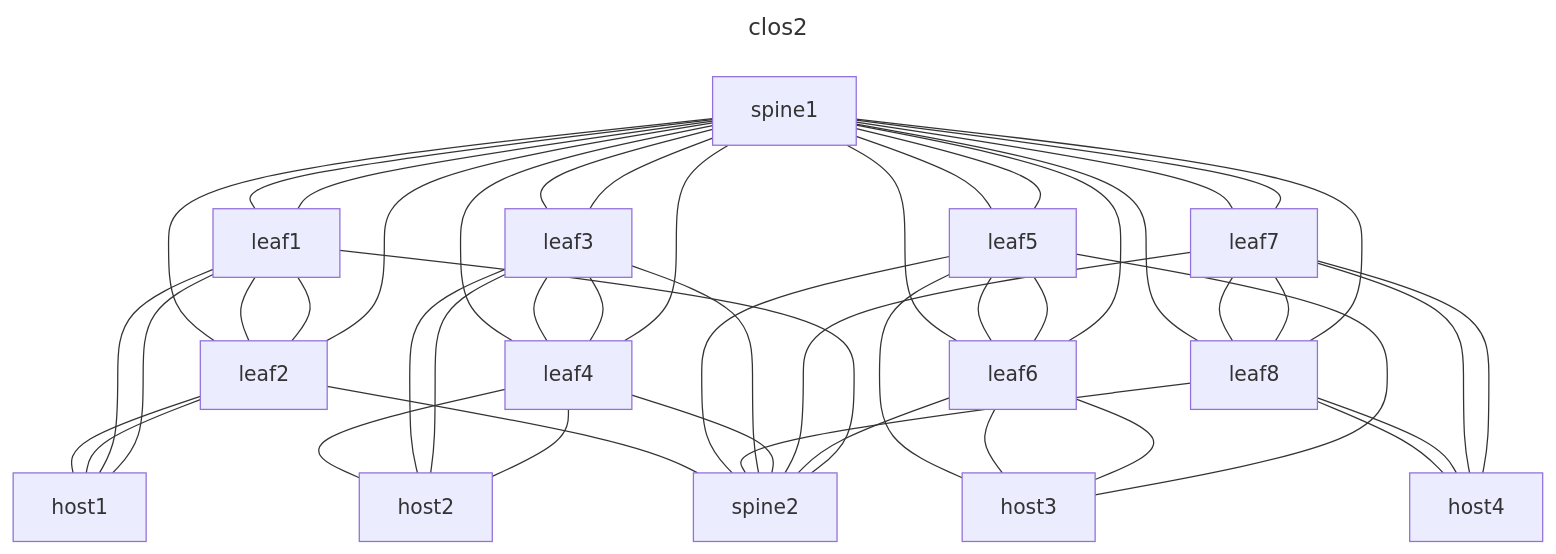
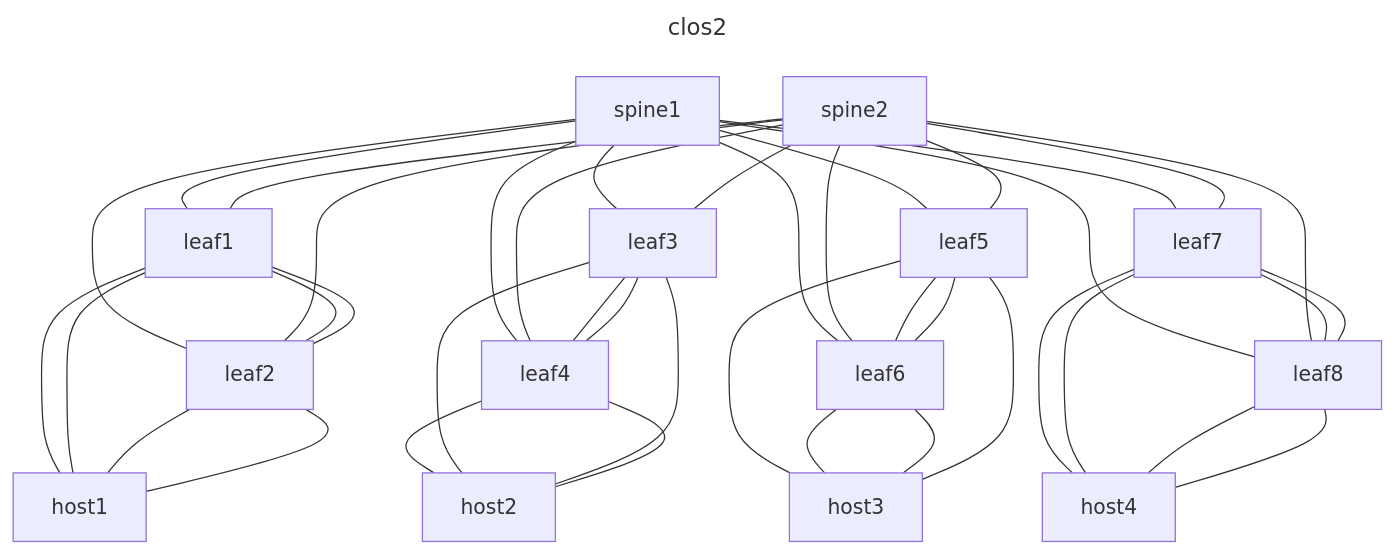
Before and after one commit to jryburn/ac2-labinfo: the diagram in clabs-srl/srl-evpn-clos2.clab.mermaid, drawn with Mermaid.

Commit message:
Update topo

```diff
--- a/clabs-srl/srl-evpn-clos2.clab.mermaid
+++ b/clabs-srl/srl-evpn-clos2.clab.mermaid
@@ -1,52 +1,44 @@
 ---
 title: clos2
 ---
 graph TD
   spine1---leaf1
   spine1---leaf2
   spine1---leaf3
   spine1---leaf4
   spine1---leaf5
   spine1---leaf6
   spine1---leaf7
   spine1---leaf8
-  leaf1---spine1
-  leaf1---spine2
+  spine2---leaf1
+  spine2---leaf2
+  spine2---leaf3
+  spine2---leaf4
+  spine2---leaf5
+  spine2---leaf6
+  spine2---leaf7
+  spine2---leaf8
   leaf1---host1
   leaf1---host1
   leaf1---leaf2
   leaf1---leaf2
   leaf4---host2
   leaf3---leaf4
   leaf5---host3
   leaf5---leaf6
-  leaf5---spine1
-  leaf6---spine2
   leaf7---leaf8
-  leaf7---spine2
-  leaf8---spine1
-  leaf2---spine1
-  leaf3---spine1
-  leaf4---spine2
   leaf3---host2
   leaf6---host3
   leaf7---host4
   leaf7---host4
-  leaf3---spine2
   leaf5---leaf6
-  leaf8---spine2
   leaf3---host2
-  leaf6---spine1
   leaf6---host3
-  leaf5---spine2
   leaf7---leaf8
   leaf2---host1
   leaf4---host2
-  leaf4---spine1
   leaf8---host4
-  leaf7---spine1
   leaf2---host1
-  leaf2---spine2
   leaf3---leaf4
   leaf5---host3
   leaf8---host4
```
